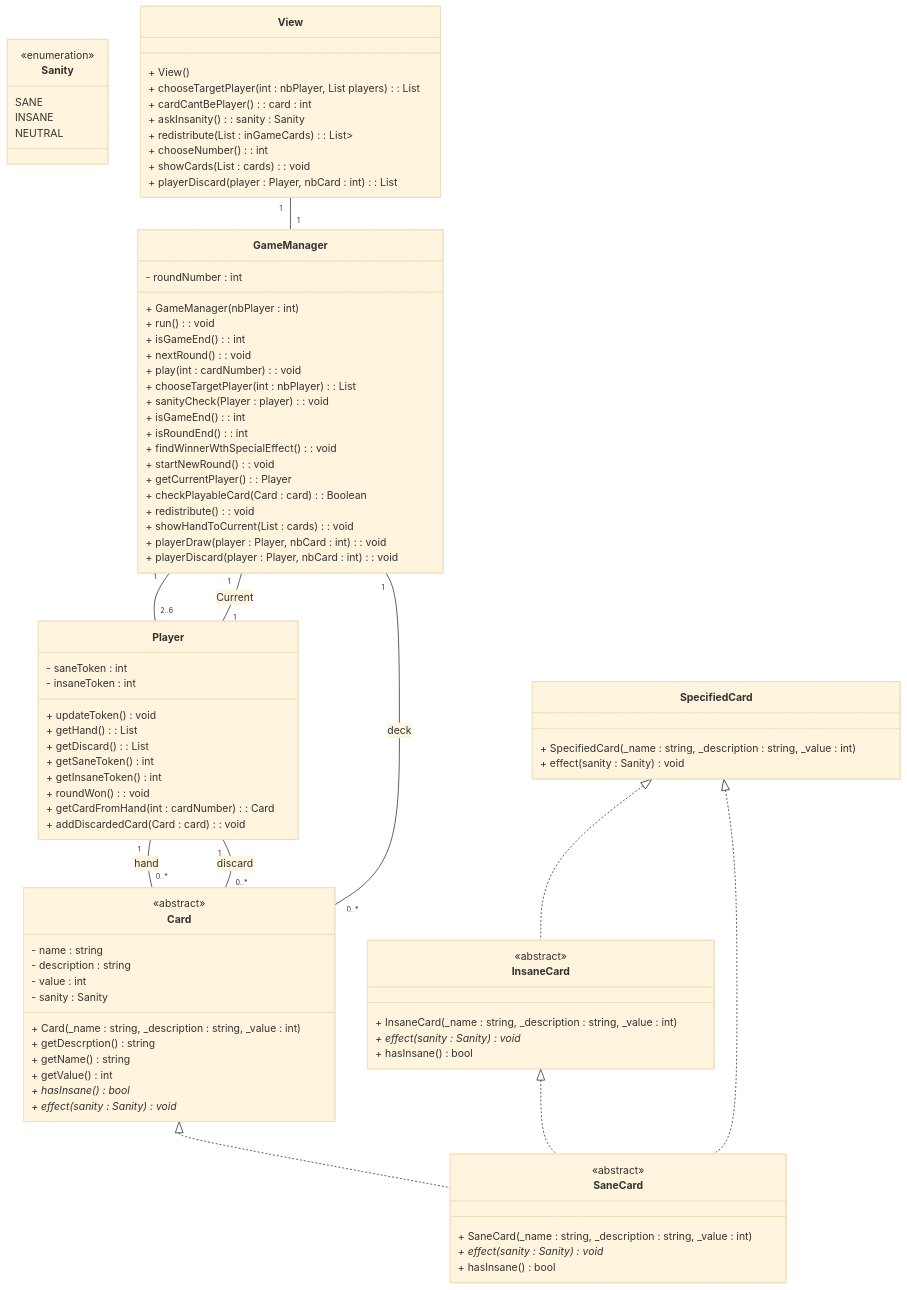
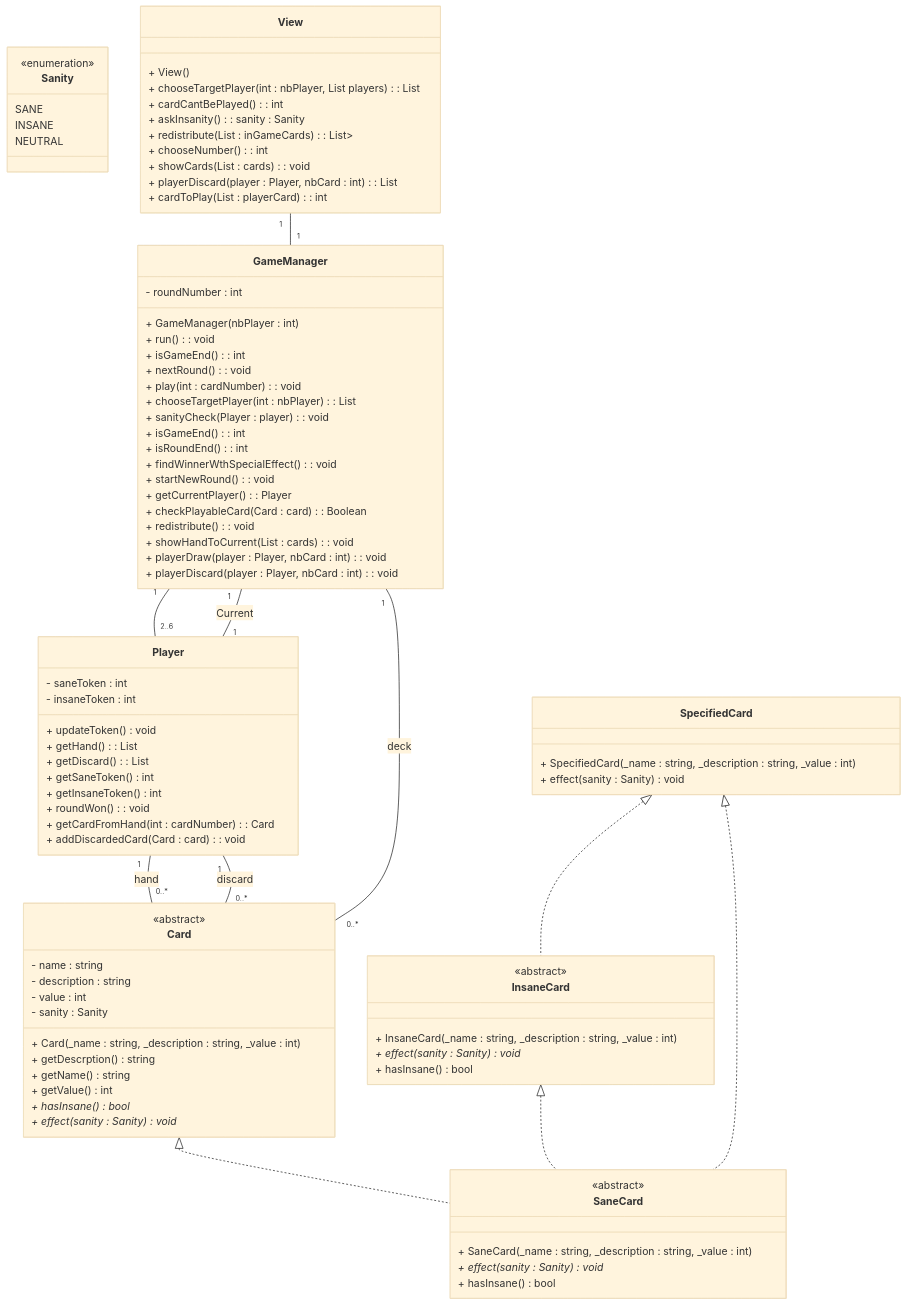
Before and after one commit to Marsevil/LovecraftLetter_IA: the diagram in docs/uml.mmd, drawn with Mermaid (base theme). The commit also changed 2 other files, not shown here.

```diff
--- a/docs/uml.mmd
+++ b/docs/uml.mmd
@@ -1,99 +1,100 @@
 classDiagram
     class Sanity {
     <<enumeration>>
         SANE
         INSANE
         NEUTRAL
     }
 
     class Card {
     <<abstract>>
         - name : string
         - description : string
         - value : int
         - sanity : Sanity
 
         + Card(_name : string, _description : string, _value : int)
         + getDescrption() string
         + getName() string
         + getValue() int
         + hasInsane()* bool
         + effect(sanity : Sanity)* void
     }
 
     class SaneCard {
     <<abstract>>
         + SaneCard(_name : string, _description : string, _value : int)
         + effect(sanity : Sanity)* void
         + hasInsane() bool
     }
 
     class InsaneCard {
     <<abstract>>
         + InsaneCard(_name : string, _description : string, _value : int)
         + effect(sanity : Sanity)* void
         + hasInsane() bool
     }
 
     class SpecifiedCard {
         + SpecifiedCard(_name : string, _description : string, _value : int)
         + effect(sanity : Sanity) void
     }
 
     class GameManager {
         - roundNumber : int
 
         + GameManager(nbPlayer : int)
         + run() : void
         + isGameEnd() : int
         + nextRound() : void
         + play(int : cardNumber) : void
         + chooseTargetPlayer(int : nbPlayer) : List<Player>
         + sanityCheck(Player : player) : void
         + isGameEnd() : int
         + isRoundEnd() : int
         + findWinnerWthSpecialEffect() : void
         + startNewRound() : void
         + getCurrentPlayer() : Player
         + checkPlayableCard(Card : card) : Boolean
         + redistribute() : void
         + showHandToCurrent(List<Card> : cards) : void
         + playerDraw(player : Player, nbCard : int) : void
         + playerDiscard(player : Player, nbCard : int) : void
     }
 
     class Player {
         - saneToken : int
         - insaneToken : int
 
         + updateToken() void
         + getHand() : List<Card>
         + getDiscard() : List<Card>
         + getSaneToken() int
         + getInsaneToken() int
         + roundWon() : void
         + getCardFromHand(int : cardNumber) : Card
         + addDiscardedCard(Card : card) : void
     }
 
     class View {
         + View()
         + chooseTargetPlayer(int : nbPlayer, List<Player> players) : List<Player>
-        + cardCantBePlayer() : card : int
+        + cardCantBePlayed() : int
         + askInsanity() : sanity : Sanity
         + redistribute(List<Card> : inGameCards) : List<List<Card>>
         + chooseNumber() : int
         + showCards(List<Card> : cards) : void
         + playerDiscard(player : Player, nbCard : int) : List<int>
+        + cardToPlay(List<Card> : playerCard) : int
     }
 
     Card <|.. SaneCard
     InsaneCard <|.. SaneCard
     SpecifiedCard <|.. SaneCard
     SpecifiedCard <|.. InsaneCard
     Player "1" -- "0..*" Card : hand
     Player "1" -- "0..*" Card : discard
     GameManager "1" -- "0..*" Card : deck
     GameManager "1" -- "2..6" Player
     GameManager "1" -- "1" Player : Current
     View "1" -- "1" GameManager
```
